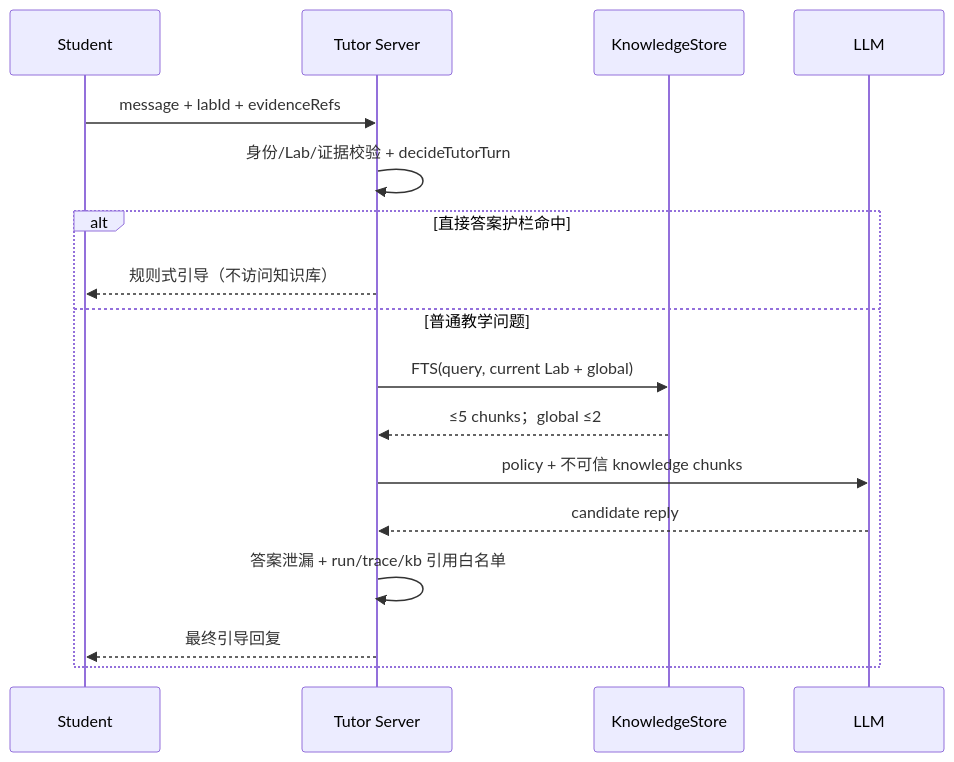
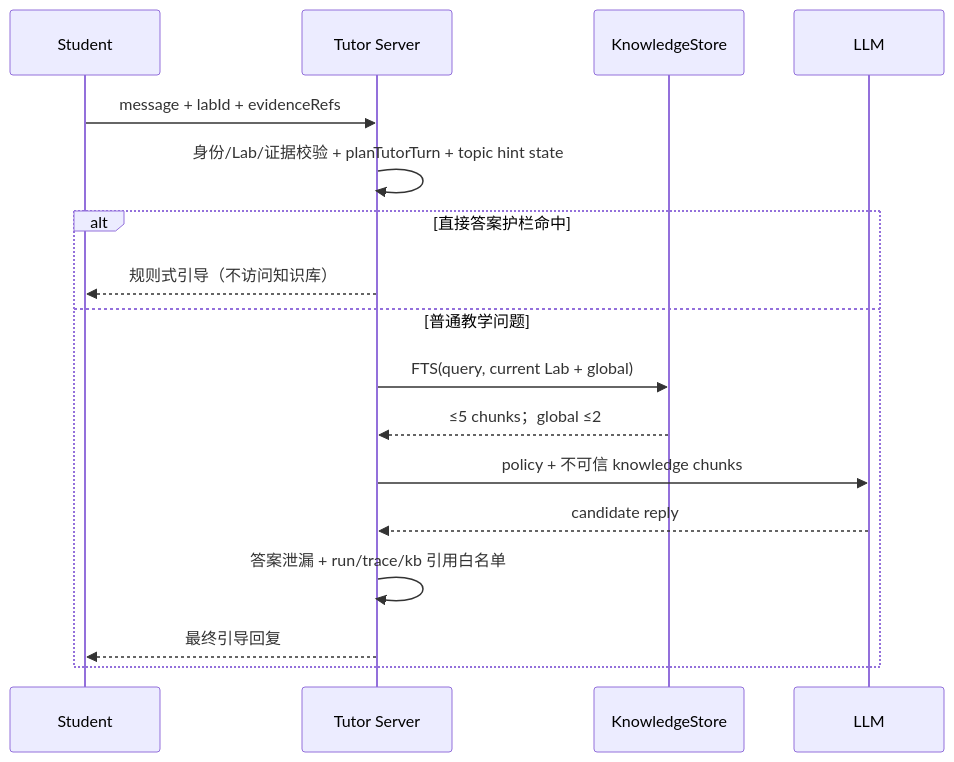
The fifth of 11 diagrams in os-lab/docs/agent-system-technical.md (AM-SuSh/EVOLVE), drawn with Mermaid before and after one commit. The commit also changed other lines of this file and 6 other files, not shown here.

Commit message:
同步AI导师意图路由与评分文档

````diff
--- a/os-lab/docs/agent-system-technical.md
+++ b/os-lab/docs/agent-system-technical.md
@@ -245,19 +237,19 @@
 ```mermaid
 sequenceDiagram
   participant U as Student
   participant S as Tutor Server
   participant K as KnowledgeStore
   participant M as LLM
   U->>S: message + labId + evidenceRefs
-  S->>S: 身份/Lab/证据校验 + decideTutorTurn
+  S->>S: 身份/Lab/证据校验 + planTutorTurn + topic hint state
   alt 直接答案护栏命中
     S-->>U: 规则式引导（不访问知识库）
   else 普通教学问题
     S->>K: FTS(query, current Lab + global)
     K-->>S: ≤5 chunks；global ≤2
     S->>M: policy + 不可信 knowledge chunks
     M-->>S: candidate reply
     S->>S: 答案泄漏 + run/trace/kb 引用白名单
     S-->>U: 最终引导回复
   end
 ```
````
